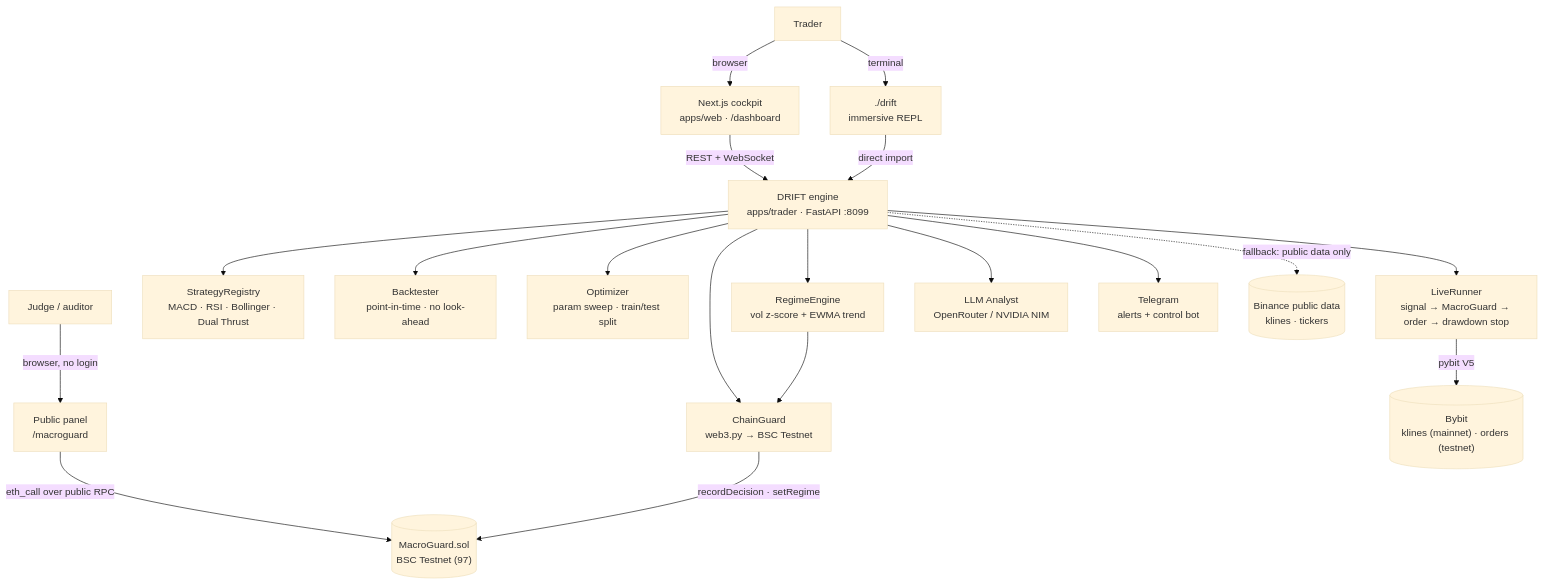
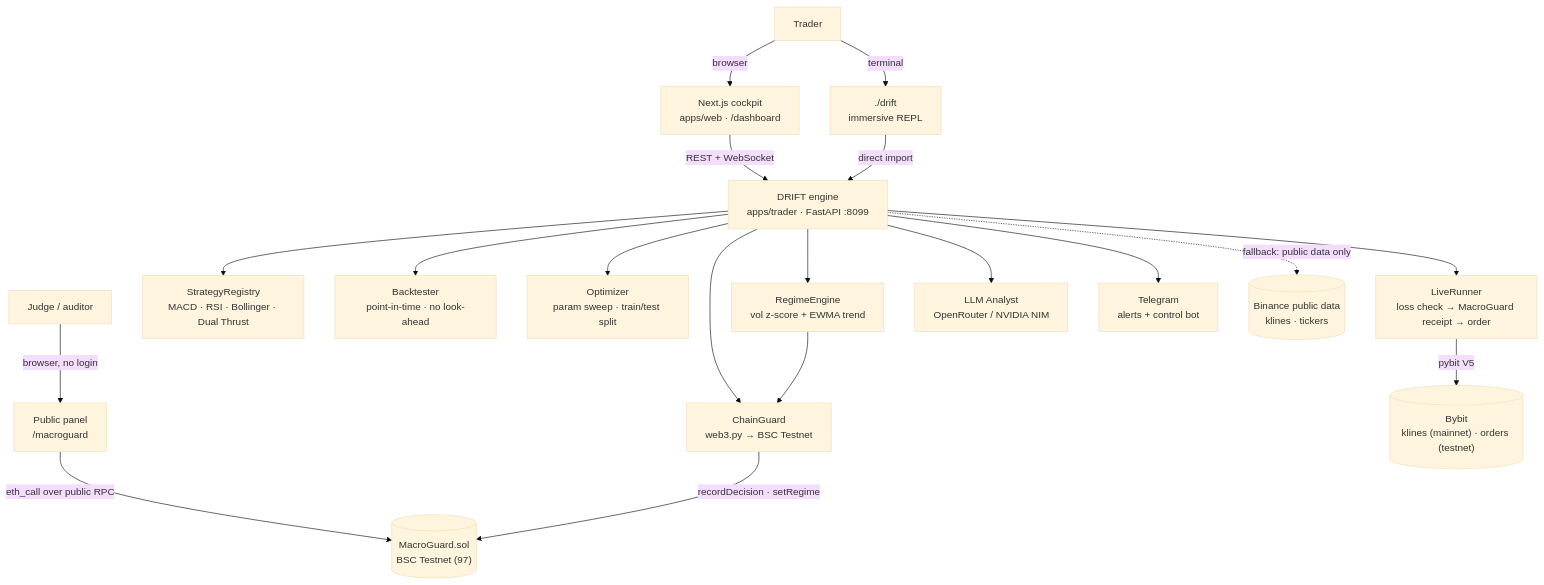
The second of 2 diagrams in README.md (Stylenecy/drift), drawn with Mermaid (base theme) before and after one commit. The commit also changed other lines of this file and 3 other files, not shown here.

````diff
--- a/README.md
+++ b/README.md
@@ -183,25 +183,25 @@
 ```mermaid
 graph TD
   U["Trader"] -->|"browser"| W["Next.js cockpit<br/>apps/web · /dashboard"]
   J["Judge / auditor"] -->|"browser, no login"| PG["Public panel<br/>/macroguard"]
   U -->|"terminal"| CLI["./drift<br/>immersive REPL"]
   W -->|"REST + WebSocket"| E
   CLI -->|"direct import"| E
   PG -->|"eth_call over public RPC"| MG
 
   E["DRIFT engine<br/>apps/trader · FastAPI :8099"]
 
   E --> SR["StrategyRegistry<br/>MACD · RSI · Bollinger · Dual Thrust"]
   E --> BT["Backtester<br/>point-in-time · no look-ahead"]
   E --> OPT["Optimizer<br/>param sweep · train/test split"]
-  E --> LR["LiveRunner<br/>signal → MacroGuard → order → drawdown stop"]
+  E --> LR["LiveRunner<br/>loss check → MacroGuard receipt → order"]
   E --> REG["RegimeEngine<br/>vol z-score + EWMA trend"]
   E --> LLM["LLM Analyst<br/>OpenRouter / NVIDIA NIM"]
   E --> TG["Telegram<br/>alerts + control bot"]
   E --> CG["ChainGuard<br/>web3.py → BSC Testnet"]
 
   LR -->|"pybit V5"| BY[("Bybit<br/>klines (mainnet) · orders (testnet)")]
   E -.->|"fallback: public data only"| BN[("Binance public data<br/>klines · tickers")]
   CG -->|"recordDecision · setRegime"| MG[("MacroGuard.sol<br/>BSC Testnet (97)")]
   REG --> CG
 ```
````
